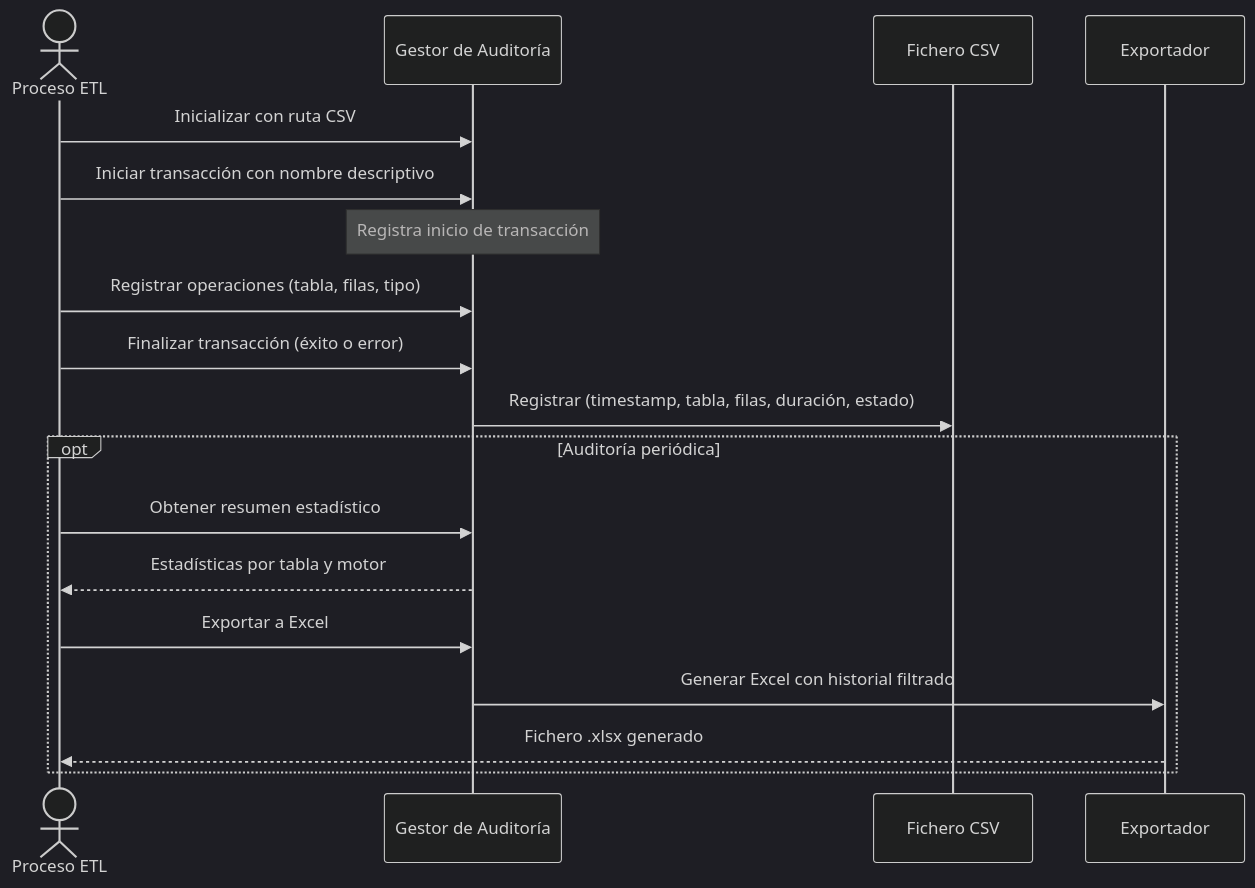
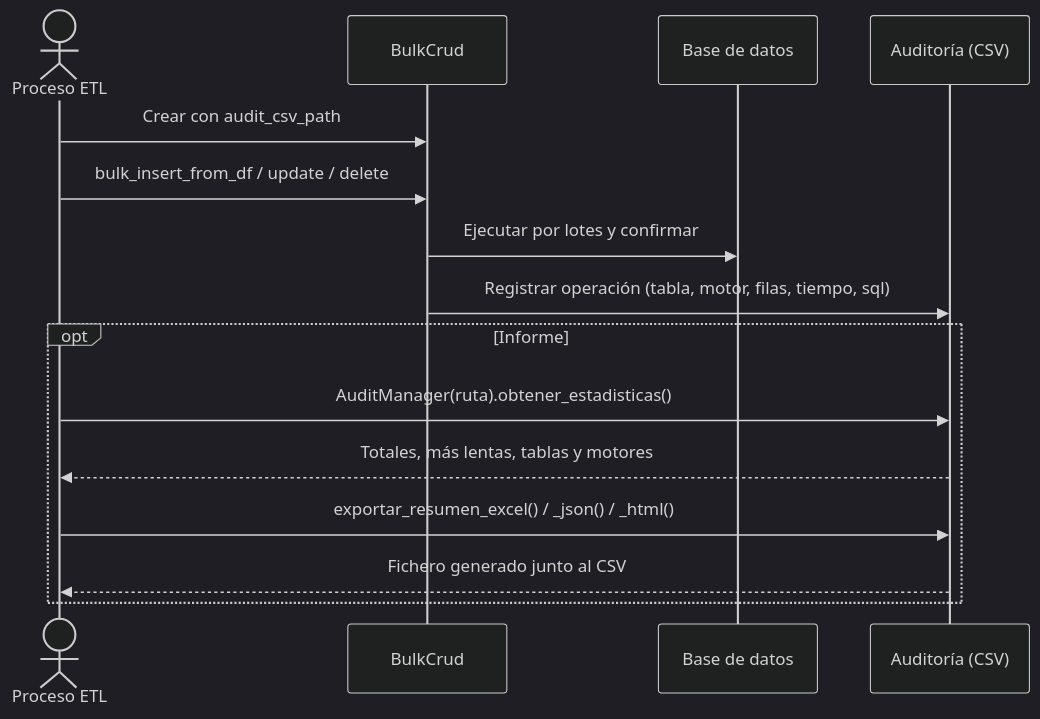
One commit to fmanza/util_bbdd changed the diagram in docs/functional/bulk-audit.md. Above: the diagram before and after it, drawn with Mermaid (dark theme). The commit also changed other lines of this file and 11 other files, not shown here.

First line of the commit message:
refactor(bulk)!: retirar AuditTransaction (L-2)

````diff
--- a/docs/functional/bulk-audit.md
+++ b/docs/functional/bulk-audit.md
@@ -30,23 +29,19 @@
 ```mermaid
 sequenceDiagram
     actor ETL as Proceso ETL
-    participant AM as Gestor de Auditoría
-    participant CSV as Fichero CSV
-    participant Exp as Exportador
+    participant BC as BulkCrud
+    participant BD as Base de datos
+    participant AM as Auditoría (CSV)
 
-    ETL->>AM: Inicializar con ruta CSV
-    ETL->>AM: Iniciar transacción con nombre descriptivo
-    Note over AM: Registra inicio de transacción
+    ETL->>BC: Crear con audit_csv_path
+    ETL->>BC: bulk_insert_from_df / update / delete
+    BC->>BD: Ejecutar por lotes y confirmar
+    BC->>AM: Registrar operación (tabla, motor, filas, tiempo, sql)
 
-    ETL->>AM: Registrar operaciones (tabla, filas, tipo)
-    ETL->>AM: Finalizar transacción (éxito o error)
-    AM->>CSV: Registrar (timestamp, tabla, filas, duración, estado)
-
-    opt Auditoría periódica
-        ETL->>AM: Obtener resumen estadístico
-        AM-->>ETL: Estadísticas por tabla y motor
-        ETL->>AM: Exportar a Excel
-        AM->>Exp: Generar Excel con historial filtrado
-        Exp-->>ETL: Fichero .xlsx generado
+    opt Informe
+        ETL->>AM: AuditManager(ruta).obtener_estadisticas()
+        AM-->>ETL: Totales, más lentas, tablas y motores
+        ETL->>AM: exportar_resumen_excel() / _json() / _html()
+        AM-->>ETL: Fichero generado junto al CSV
     end
 ```
````
